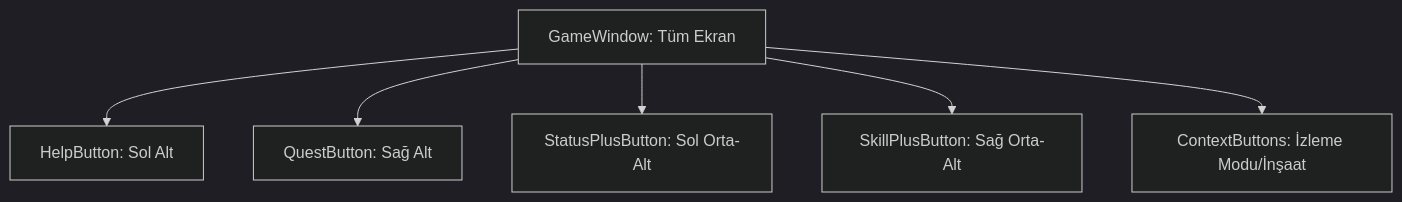
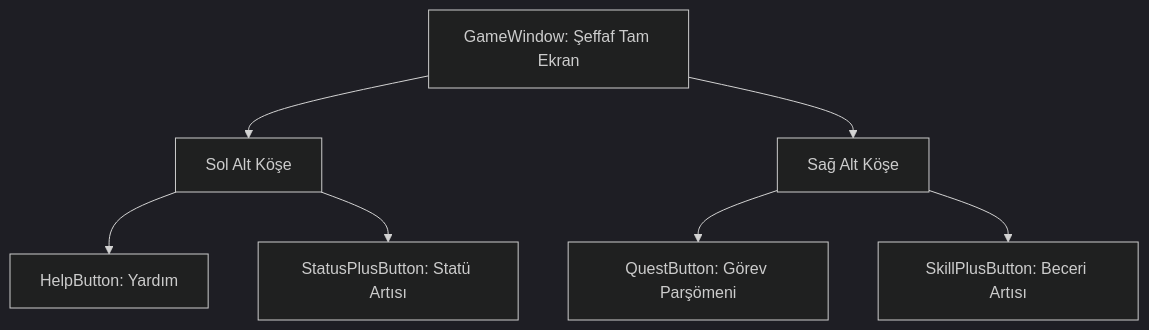
One commit to Engin622/Metin2-Pack-Agent-Skills changed the diagram in uiscript/gamewindow/skills.md. Above: the diagram before and after it, drawn with Mermaid (dark theme). The commit also changed other lines of this file and 65 other files, not shown here.

````diff
--- a/uiscript/gamewindow/skills.md
+++ b/uiscript/gamewindow/skills.md
@@ -35,8 +32,9 @@
 ```mermaid
 graph TD
-    A[GameWindow: Tüm Ekran] --> B[HelpButton: Sol Alt]
-    A --> C[QuestButton: Sağ Alt]
-    A --> D[StatusPlusButton: Sol Orta-Alt]
-    A --> E[SkillPlusButton: Sağ Orta-Alt]
-    A --> F[ContextButtons: İzleme Modu/İnşaat]
+    A[GameWindow: Şeffaf Tam Ekran] --> B[Sol Alt Köşe]
+    B --> B1[HelpButton: Yardım]
+    B --> B2[StatusPlusButton: Statü Artısı]
+    A --> C[Sağ Alt Köşe]
+    C --> C1[QuestButton: Görev Parşömeni]
+    C --> C2[SkillPlusButton: Beceri Artısı]
 ```
````
